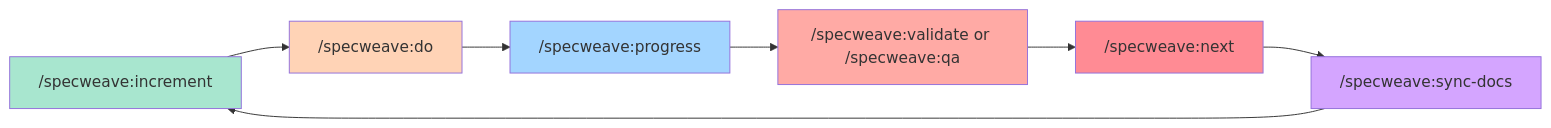
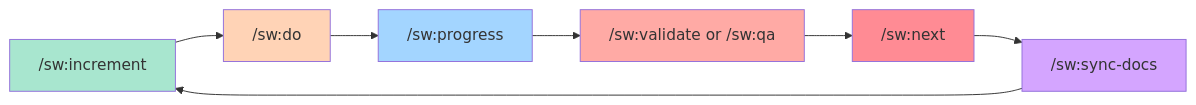
The diagram in docs-site/docs/commands/overview.md (anton-abyzov/specweave), drawn with Mermaid before and after one commit. The commit also changed other lines of this file and 505 other files, not shown here.

````diff
--- a/docs-site/docs/commands/overview.md
+++ b/docs-site/docs/commands/overview.md
@@ -15,16 +15,16 @@
 ```mermaid
 graph LR
-    A["/specweave:increment"] --> B["/specweave:do"]
-    B --> C["/specweave:progress"]
-    C --> D["/specweave:validate or /specweave:qa"]
-    D --> E["/specweave:next"]
-    E --> F["/specweave:sync-docs"]
+    A["/sw:increment"] --> B["/sw:do"]
+    B --> C["/sw:progress"]
+    C --> D["/sw:validate or /sw:qa"]
+    D --> E["/sw:next"]
+    E --> F["/sw:sync-docs"]
     F --> A
 
     style A fill:#a8e6cf
     style B fill:#ffd3b6
     style C fill:#a3d5ff
     style D fill:#ffaaa5
     style E fill:#ff8b94
     style F fill:#d4a5ff
 ```
````
